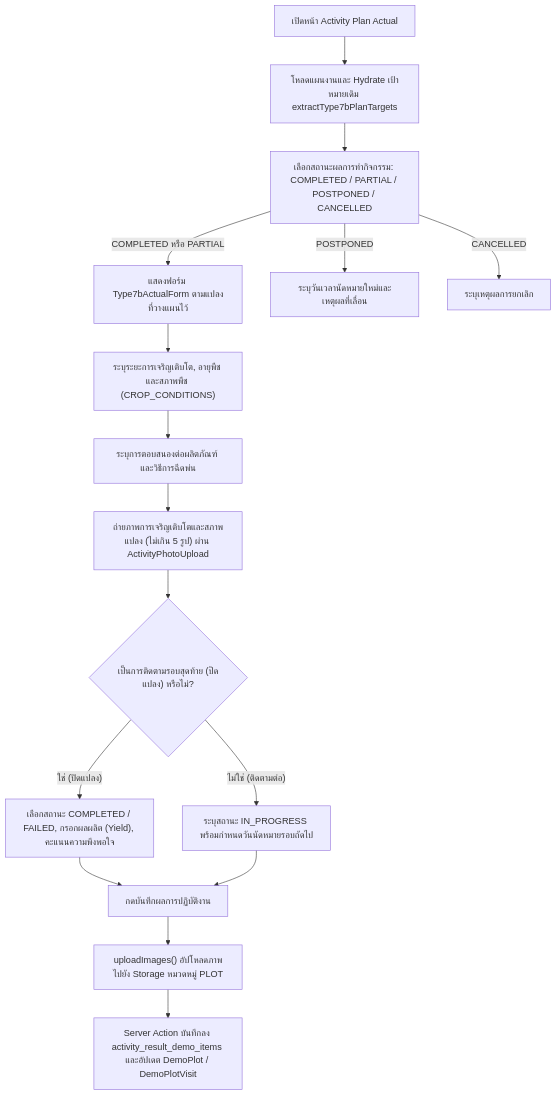
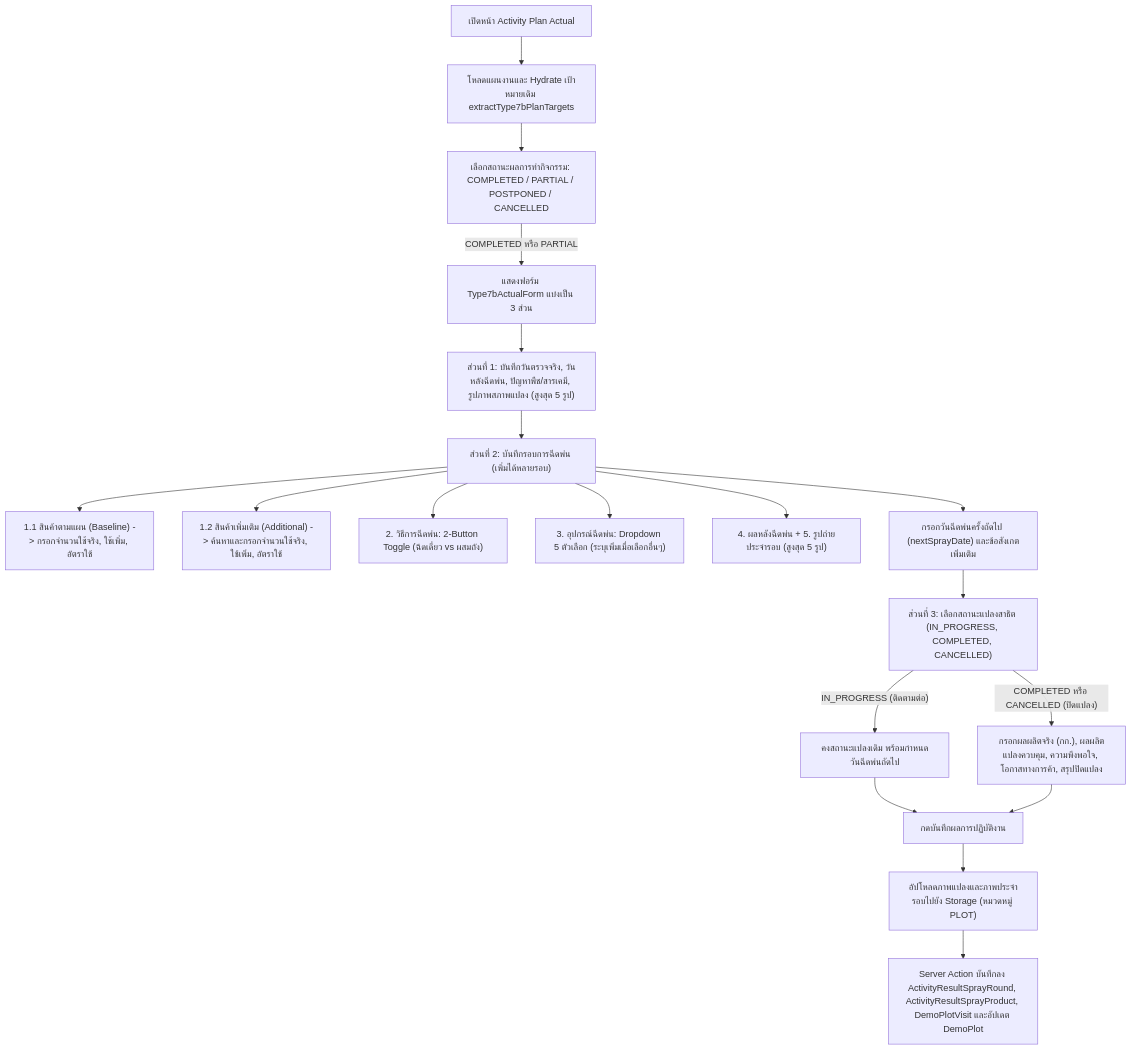
Before and after one commit to bankhk10/crm-bank: the second of 3 diagrams in modules/activity/features/type-7b/README.md, drawn with Mermaid. The commit also changed other lines of this file and 7 other files, not shown here.

````diff
--- a/modules/activity/features/type-7b/README.md
+++ b/modules/activity/features/type-7b/README.md
@@ -76,18 +87,21 @@
 ```mermaid
 graph TD
     A["เปิดหน้า Activity Plan Actual"] --> B["โหลดแผนงานและ Hydrate เป้าหมายเดิม extractType7bPlanTargets"]
     B --> C["เลือกสถานะผลการทำกิจกรรม: COMPLETED / PARTIAL / POSTPONED / CANCELLED"]
-    C -->|"COMPLETED หรือ PARTIAL"| D["แสดงฟอร์ม Type7bActualForm ตามแปลงที่วางแผนไว้"]
-    D --> E["ระบุระยะการเจริญเติบโต, อายุพืช และสภาพพืช (CROP_CONDITIONS)"]
-    E --> F["ระบุการตอบสนองต่อผลิตภัณฑ์ และวิธีการฉีดพ่น"]
-    F --> G["ถ่ายภาพการเจริญเติบโตและสภาพแปลง (ไม่เกิน 5 รูป) ผ่าน ActivityPhotoUpload"]
-    G --> H{"เป็นการติดตามรอบสุดท้าย (ปิดแปลง) หรือไม่?"}
-    H -->|"ใช่ (ปิดแปลง)"| I["เลือกสถานะ COMPLETED / FAILED, กรอกผลผลิต (Yield), คะแนนความพึงพอใจ"]
-    H -->|"ไม่ใช่ (ติดตามต่อ)"| J["ระบุสถานะ IN_PROGRESS พร้อมกำหนดวันนัดหมายรอบถัดไป"]
+    C -->|"COMPLETED หรือ PARTIAL"| D["แสดงฟอร์ม Type7bActualForm แบ่งเป็น 3 ส่วน"]
+    D --> E["ส่วนที่ 1: บันทึกวันตรวจจริง, วันหลังฉีดพ่น, ปัญหาพืช/สารเคมี, รูปภาพสภาพแปลง (สูงสุด 5 รูป)"]
+    E --> F["ส่วนที่ 2: บันทึกรอบการฉีดพ่น (เพิ่มได้หลายรอบ)"]
+    F --> F1["1.1 สินค้าตามแผน (Baseline) -> กรอกจำนวนใช้จริง, ใช้เพิ่ม, อัตราใช้"]
+    F --> F2["1.2 สินค้าเพิ่มเติม (Additional) -> ค้นหาและกรอกจำนวนใช้จริง, ใช้เพิ่ม, อัตราใช้"]
+    F --> F3["2. วิธีการฉีดพ่น: 2-Button Toggle (ฉีดเดี่ยว vs ผสมถัง)"]
+    F --> F4["3. อุปกรณ์ฉีดพ่น: Dropdown 5 ตัวเลือก (ระบุเพิ่มเมื่อเลือกอื่นๆ)"]
+    F --> F5["4. ผลหลังฉีดพ่น + 5. รูปถ่ายประจำรอบ (สูงสุด 5 รูป)"]
+    F --> G["กรอกวันฉีดพ่นครั้งถัดไป (nextSprayDate) และข้อสังเกตเพิ่มเติม"]
+    G --> H["ส่วนที่ 3: เลือกสถานะแปลงสาธิต (IN_PROGRESS, COMPLETED, CANCELLED)"]
+    H -->|"IN_PROGRESS (ติดตามต่อ)"| I["คงสถานะแปลงเดิม พร้อมกำหนดวันฉีดพ่นถัดไป"]
+    H -->|"COMPLETED หรือ CANCELLED (ปิดแปลง)"| J["กรอกผลผลิตจริง (กก.), ผลผลิตแปลงควบคุม, ความพึงพอใจ, โอกาสทางการค้า, สรุปปิดแปลง"]
     I --> K["กดบันทึกผลการปฏิบัติงาน"]
     J --> K
-    K --> L["uploadImages() อัปโหลดภาพไปยัง Storage หมวดหมู่ PLOT"]
-    L --> M["Server Action บันทึกลง activity_result_demo_items และอัปเดต DemoPlot / DemoPlotVisit"]
-    C -->|"POSTPONED"| N["ระบุวันเวลานัดหมายใหม่และเหตุผลที่เลื่อน"]
-    C -->|"CANCELLED"| O["ระบุเหตุผลการยกเลิก"]
+    K --> L["อัปโหลดภาพแปลงและภาพประจำรอบไปยัง Storage (หมวดหมู่ PLOT)"]
+    L --> M["Server Action บันทึกลง ActivityResultSprayRound, ActivityResultSprayProduct, DemoPlotVisit และอัปเดต DemoPlot"]
 ```
````
